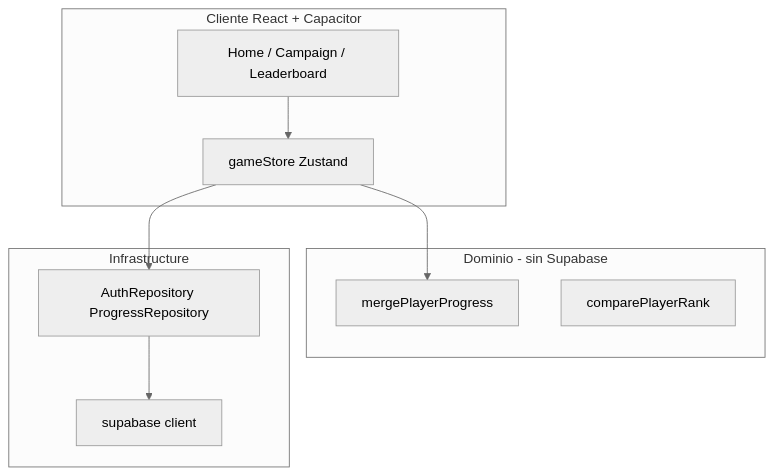
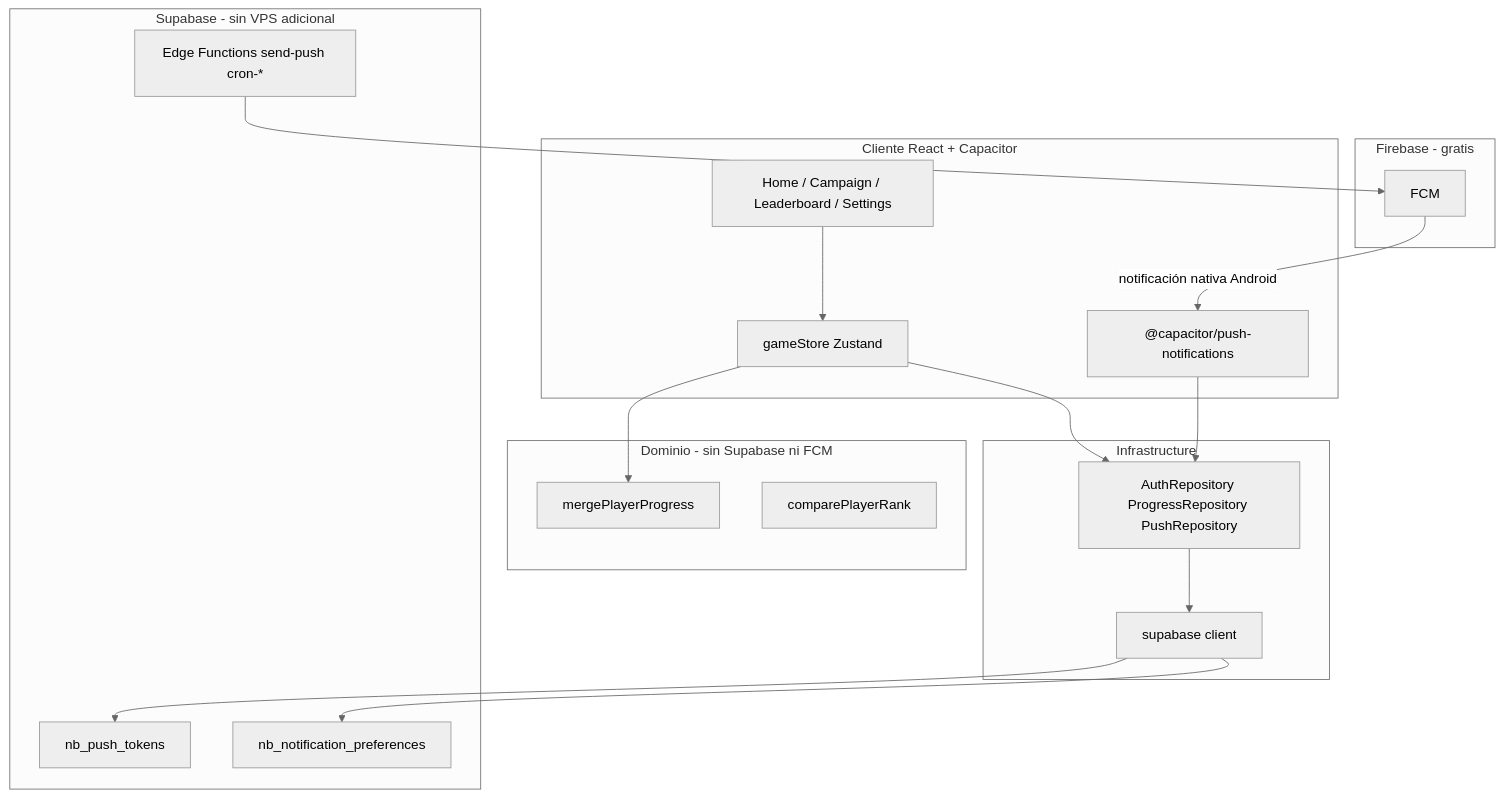
The diagram in docs/SOCIAL_FEATURES_ROADMAP.md (marianorluna/game-nuts-bolts), drawn with Mermaid (neutral theme) before and after one commit. The commit also changed other lines of this file and 17 other files, not shown here.

````diff
--- a/docs/SOCIAL_FEATURES_ROADMAP.md
+++ b/docs/SOCIAL_FEATURES_ROADMAP.md
@@ -272,19 +438,33 @@
 ```mermaid
 flowchart TB
   subgraph client [Cliente React + Capacitor]
-    UI[Home / Campaign / Leaderboard]
+    UI[Home / Campaign / Leaderboard / Settings]
     Store[gameStore Zustand]
+    PushPlugin["@capacitor/push-notifications"]
   end
-  subgraph domain [Dominio - sin Supabase]
+  subgraph domain [Dominio - sin Supabase ni FCM]
     Merge[mergePlayerProgress]
     Rank[comparePlayerRank]
   end
   subgraph infra [Infrastructure]
-    Contracts[AuthRepository ProgressRepository]
+    Contracts[AuthRepository ProgressRepository PushRepository]
     Supabase[supabase client]
+  end
+  subgraph backend [Supabase - sin VPS adicional]
+    Tokens[nb_push_tokens]
+    Prefs[nb_notification_preferences]
+    EdgeFn[Edge Functions send-push cron-*]
+  end
+  subgraph google [Firebase - gratis]
+    FCM[FCM]
   end
   UI --> Store
   Store --> Merge
   Store --> Contracts
+  PushPlugin --> Contracts
   Contracts --> Supabase
+  Supabase --> Tokens
+  Supabase --> Prefs
+  EdgeFn --> FCM
+  FCM -->|notificación nativa Android| PushPlugin
 ```
````
